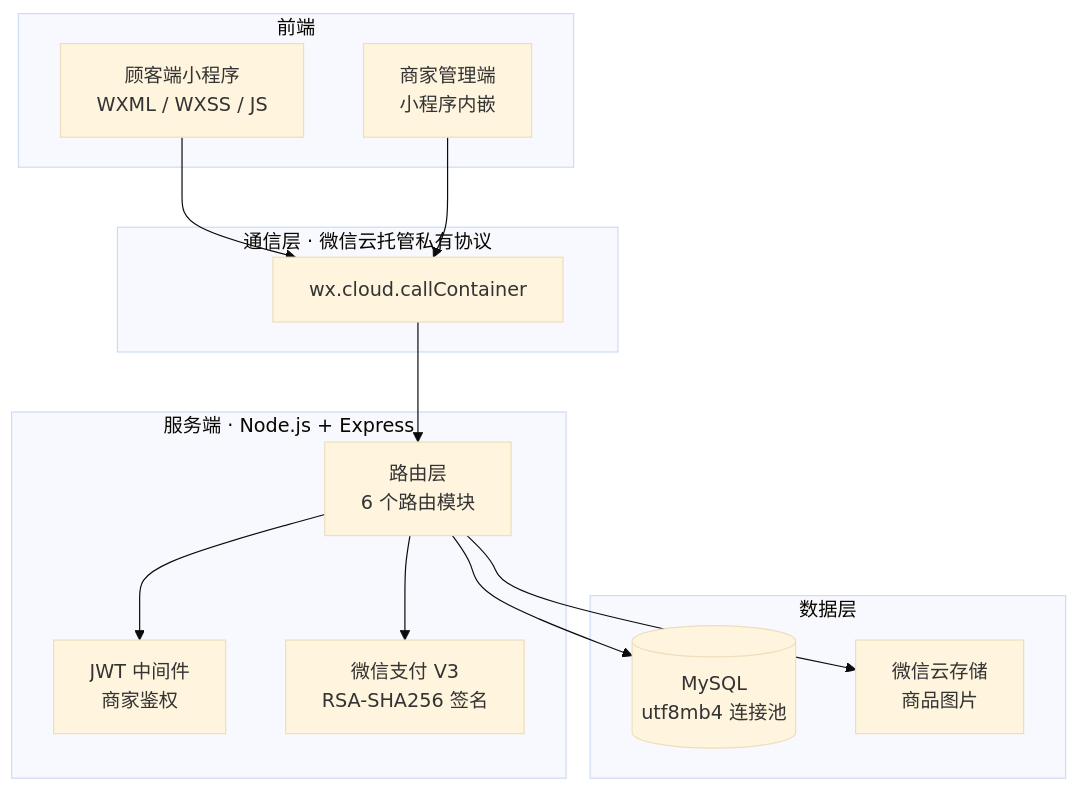
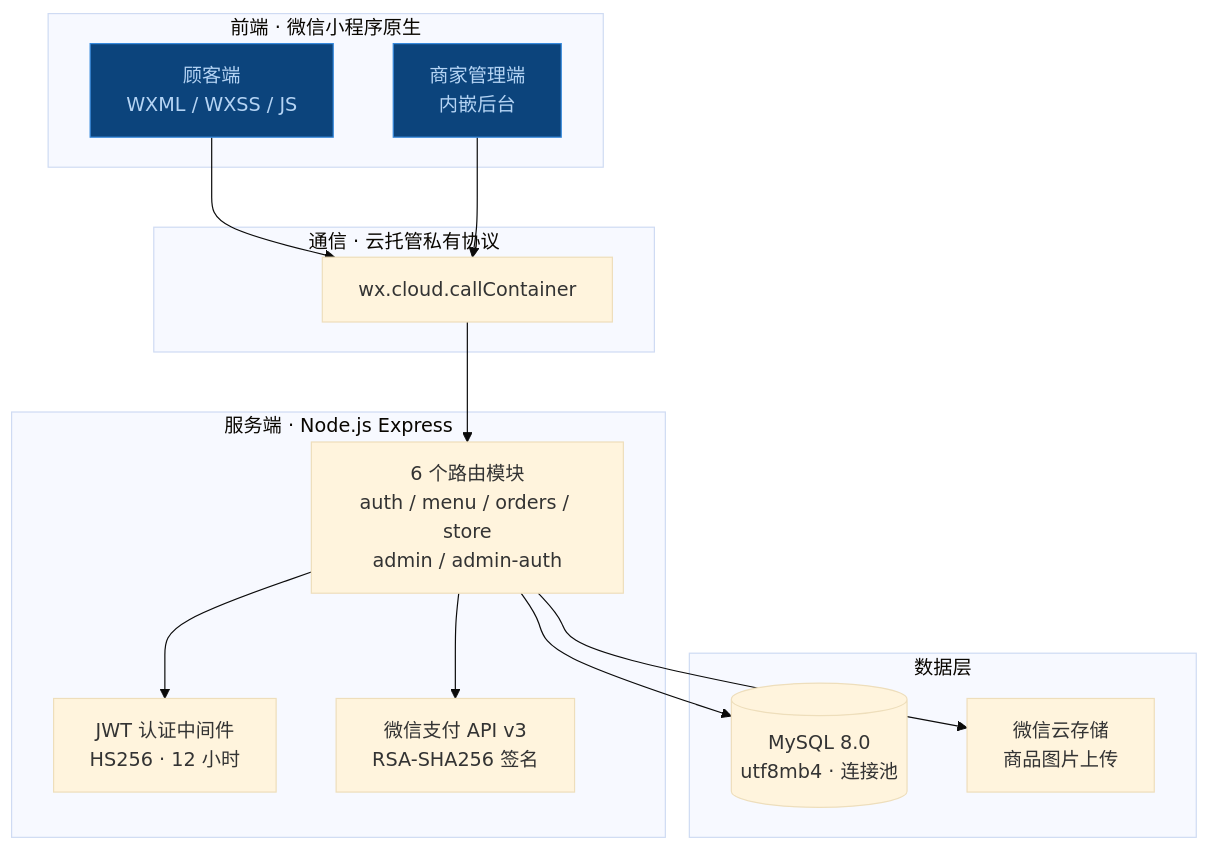
Before and after one commit to zip-Wu/tasty_bakery: the first of 2 diagrams in README.md, drawn with Mermaid (base theme). The commit also changed other lines of this file, not shown here.

Commit message:
docs: 给RADME中的每个图片配上文字说明

````diff
--- a/README.md
+++ b/README.md
@@ -45,30 +33,33 @@
 ```mermaid
 graph TB
-    subgraph 前端
-        A[顾客端小程序<br/>WXML / WXSS / JS]
-        B[商家管理端<br/>小程序内嵌]
+    subgraph 前端["前端 · 微信小程序原生"]
+        A[顾客端<br/>WXML / WXSS / JS]
+        B[商家管理端<br/>内嵌后台]
     end
 
-    subgraph 通信层["通信层 · 微信云托管私有协议"]
+    subgraph 通信["通信 · 云托管私有协议"]
         C[wx.cloud.callContainer]
     end
 
-    subgraph 服务端["服务端 · Node.js + Express"]
-        D[路由层<br/>6 个路由模块]
-        E[JWT 中间件<br/>商家鉴权]
-        F[微信支付 V3<br/>RSA-SHA256 签名]
+    subgraph 服务端["服务端 · Node.js Express"]
+        D[6 个路由模块<br/>auth / menu / orders / store<br/>admin / admin-auth]
+        E[JWT 认证中间件<br/>HS256 · 12 小时]
+        F[微信支付 API v3<br/>RSA-SHA256 签名]
     end
 
     subgraph 数据层
-        G[(MySQL<br/>utf8mb4 连接池)]
-        H[微信云存储<br/>商品图片]
+        G[(MySQL 8.0<br/>utf8mb4 · 连接池)]
+        H[微信云存储<br/>商品图片上传]
     end
 
     A --> C
     B --> C
     C --> D
     D --> E
     D --> F
     D --> G
     D --> H
+
+    classDef cyan fill:#0C447C,stroke:#378ADD,color:#B5D4F4
+    class A,B cyan
 ```
````
